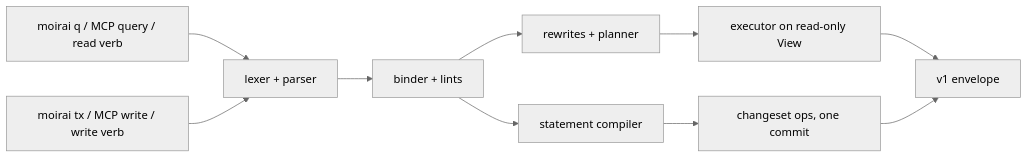
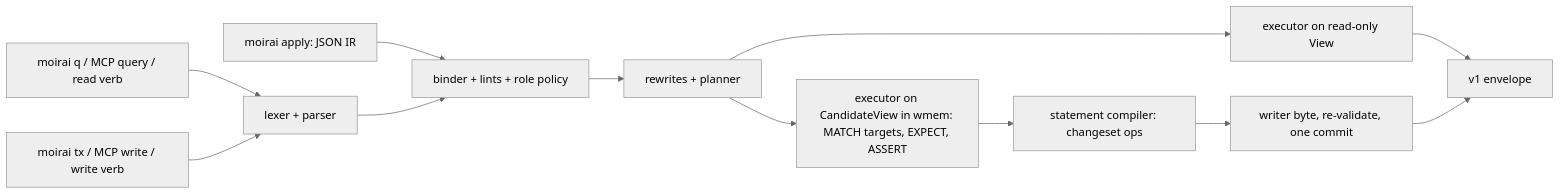
One commit to bluesteelll/moirai changed the diagram in docs/architecture-approval-ru/09-lachesis.md. Above: the diagram before and after it, drawn with Mermaid (neutral theme). The commit also changed other lines of this file and 17 other files, not shown here.

First line of the commit message:
Complete the Russian architecture description for owner approval

````diff
--- a/docs/architecture-approval-ru/09-lachesis.md
+++ b/docs/architecture-approval-ru/09-lachesis.md
@@ -222,12 +242,14 @@
 ```mermaid
 flowchart LR
   A["moirai q / MCP query / read verb"] --> P["lexer + parser"]
   W["moirai tx / MCP write / write verb"] --> P
-  P --> B["binder + lints"]
+  J["moirai apply: JSON IR"] --> B
+  P --> B["binder + lints + role policy"]
   B --> R["rewrites + planner"]
   R --> X["executor on read-only View"]
-  B --> C["statement compiler"]
-  C --> O["changeset ops, one commit"]
+  R --> T["executor on CandidateView in wmem: MATCH targets, EXPECT, ASSERT"]
+  T --> C["statement compiler: changeset ops"]
+  C --> O["writer byte, re-validate, one commit"]
   X --> E["v1 envelope"]
   O --> E
 ```
````
